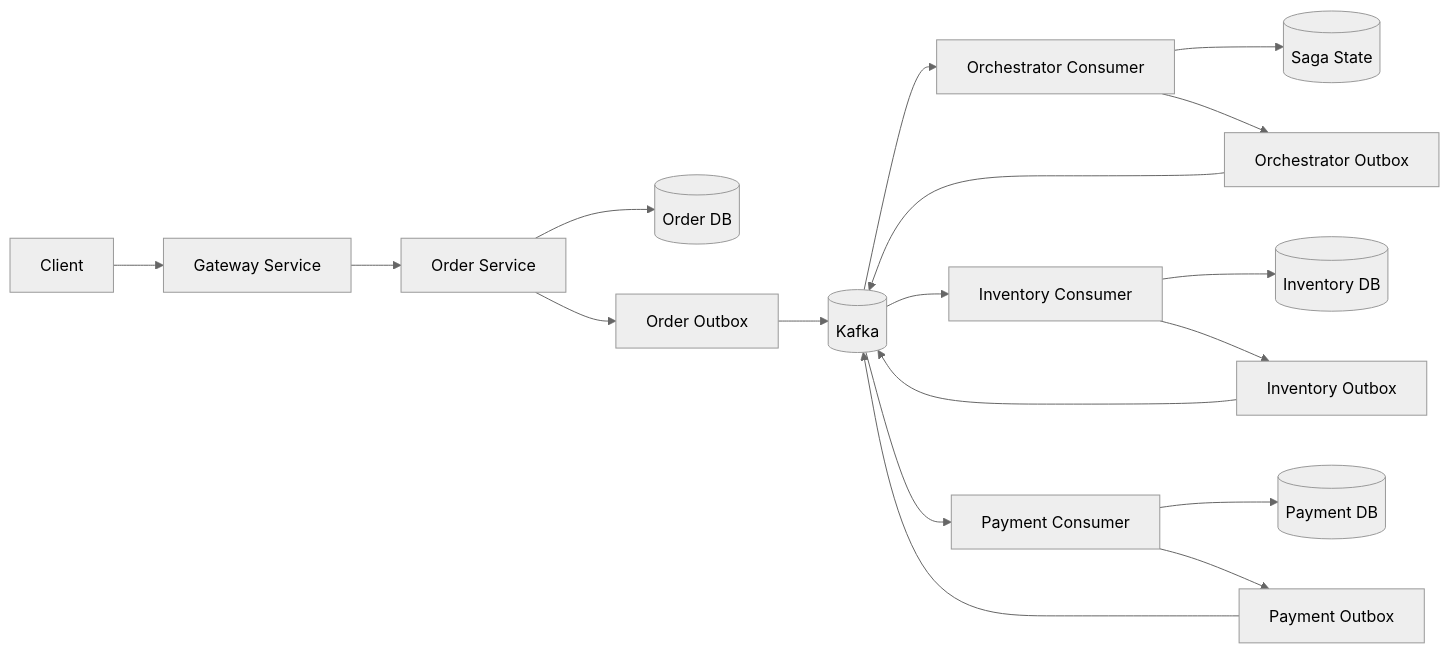
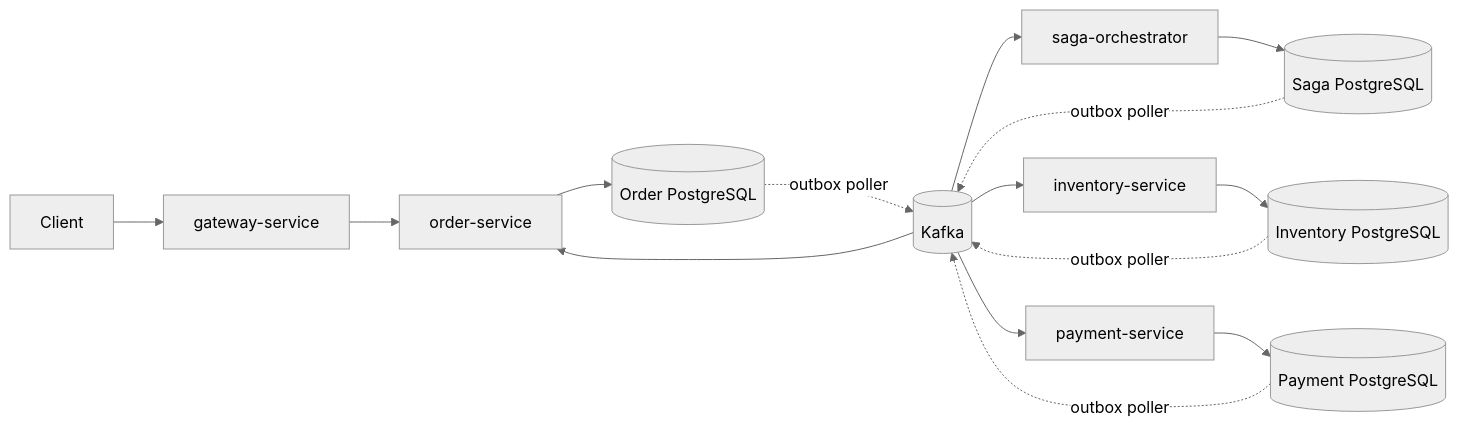
The first of 3 diagrams in design.md (dbalmoor/distributed-order-system), drawn with Mermaid (neutral theme) before and after one commit. The commit also changed other lines of this file and 18 other files, not shown here.

````diff
--- a/design.md
+++ b/design.md
@@ -126,23 +29,17 @@
 ```mermaid
 flowchart LR
-    Client[Client] --> Gateway[Gateway Service]
-    Gateway --> Order[Order Service]
-    Order --> OrderDB[(Order DB)]
-    Order --> OrderOutbox[Order Outbox]
-    OrderOutbox --> Broker[(Kafka)]
-
-    Broker --> SagaConsumer[Orchestrator Consumer]
-    SagaConsumer --> SagaState[(Saga State)]
-    SagaConsumer --> SagaOutbox[Orchestrator Outbox]
-    SagaOutbox --> Broker
-
-    Broker --> InventoryConsumer[Inventory Consumer]
-    InventoryConsumer --> InventoryDB[(Inventory DB)]
-    InventoryConsumer --> InventoryOutbox[Inventory Outbox]
-    InventoryOutbox --> Broker
-
-    Broker --> PaymentConsumer[Payment Consumer]
-    PaymentConsumer --> PaymentDB[(Payment DB)]
-    PaymentConsumer --> PaymentOutbox[Payment Outbox]
-    PaymentOutbox --> Broker
+    Client --> Gateway[gateway-service]
+    Gateway --> Order[order-service]
+    Order --> OrderDB[(Order PostgreSQL)]
+    Orchestrator[saga-orchestrator] --> SagaDB[(Saga PostgreSQL)]
+    Inventory[inventory-service] --> InventoryDB[(Inventory PostgreSQL)]
+    Payment[payment-service] --> PaymentDB[(Payment PostgreSQL)]
+    OrderDB -. outbox poller .-> Kafka[(Kafka)]
+    SagaDB -. outbox poller .-> Kafka
+    InventoryDB -. outbox poller .-> Kafka
+    PaymentDB -. outbox poller .-> Kafka
+    Kafka --> Order
+    Kafka --> Orchestrator
+    Kafka --> Inventory
+    Kafka --> Payment
 ```
````
